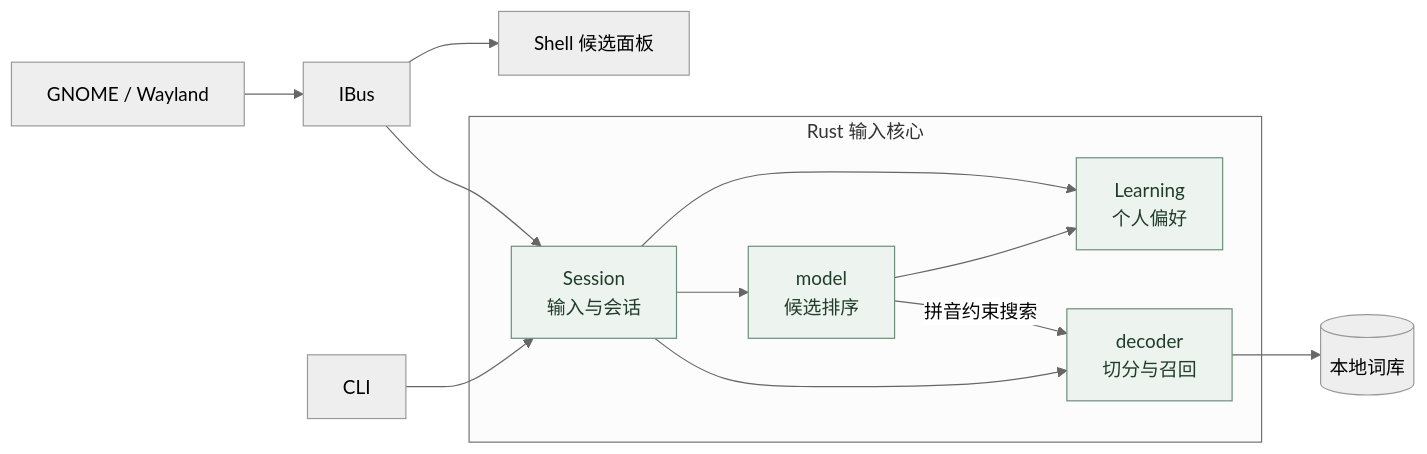
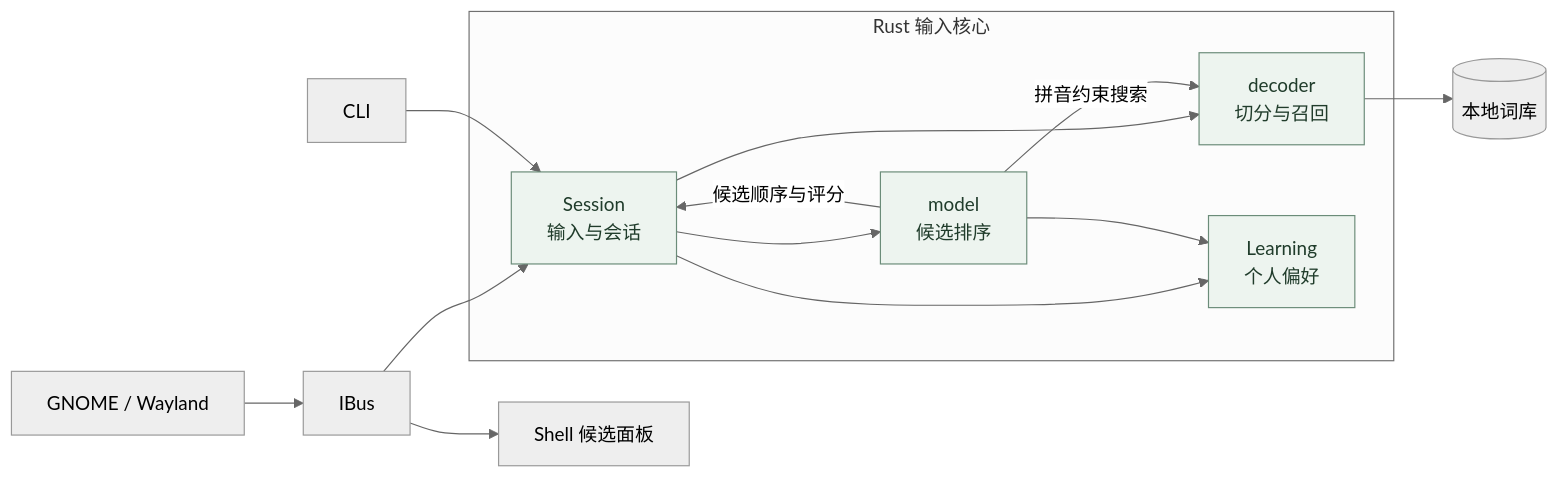
One commit to NEX-S/yanliu changed the first of 3 diagrams in README.md. Above: the diagram before and after it, drawn with Mermaid (neutral theme). The commit also changed other lines of this file and 11 other files, not shown here.

````diff
--- a/README.md
+++ b/README.md
@@ -120,19 +120,20 @@
 ```mermaid
 flowchart LR
     App["GNOME / Wayland"] --> IBus["IBus"]
     IBus --> Session
     IBus --> Panel["Shell 候选面板"]
     CLI["CLI"] --> Session
 
     subgraph Core["Rust 输入核心"]
         Session["Session<br/>输入与会话"] --> Decoder["decoder<br/>切分与召回"]
         Session --> Model["model<br/>候选排序"]
+        Model -->|候选顺序与评分| Session
         Model -->|拼音约束搜索| Decoder
         Session --> Learning["Learning<br/>个人偏好"]
         Model --> Learning
     end
 
     Decoder --> Dictionary[("本地词库")]
     classDef core fill:#edf4ef,stroke:#6b8c79,color:#203c2b
     class Session,Decoder,Model,Learning core
 ```
````
